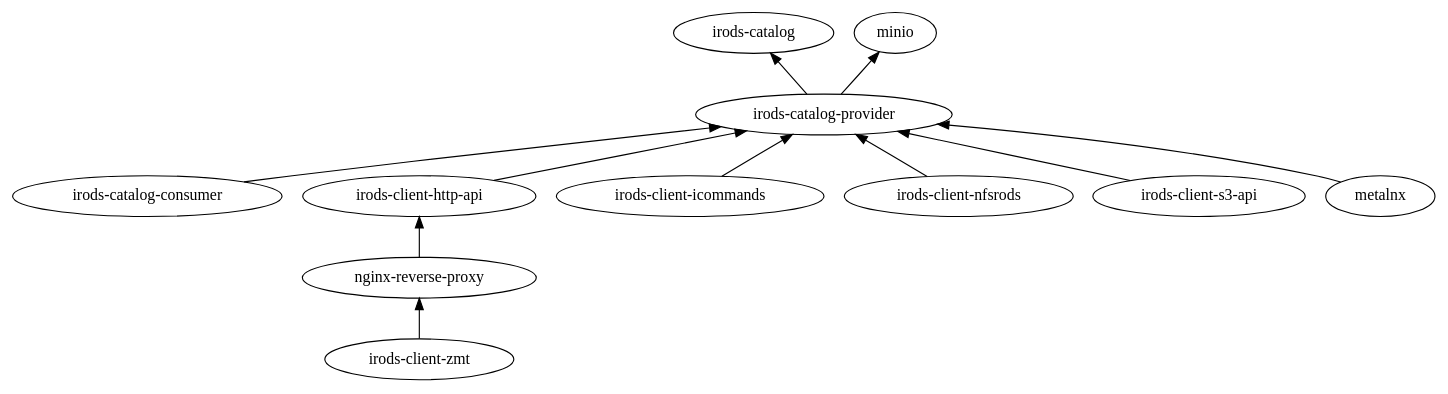
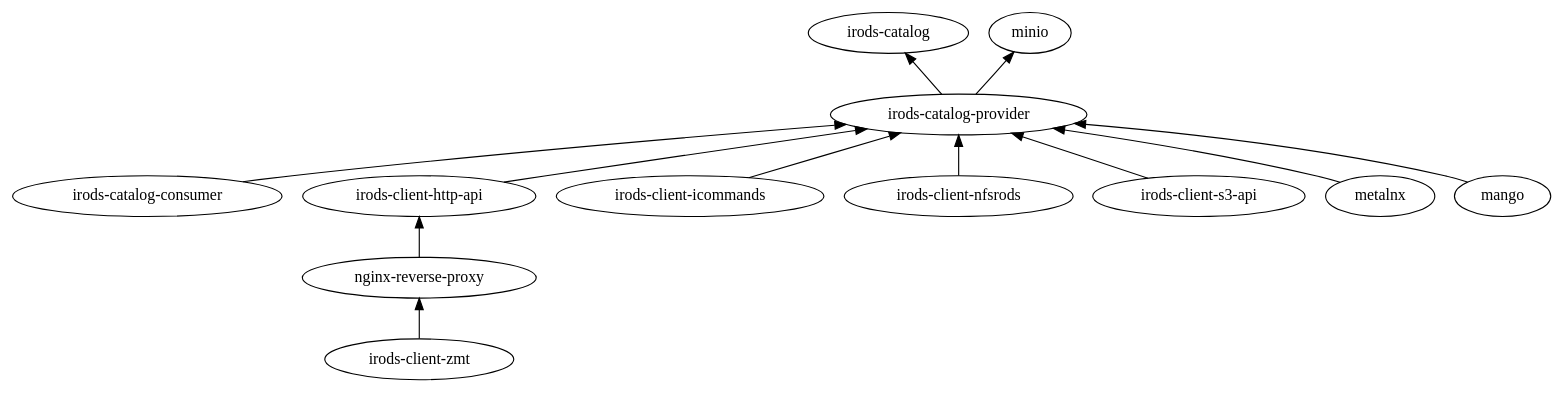
The diagram in dependencies.dot (irods/irods_demo), drawn with Graphviz before and after one commit. The commit also changed 1 other file, not shown here.

```diff
--- a/dependencies.dot
+++ b/dependencies.dot
@@ -1,28 +1,30 @@
 digraph G {
 
   rankdir="BT"
 
   catalog    [label = "irods-catalog"];
   provider   [label = "irods-catalog-provider"];
   consumer   [label = "irods-catalog-consumer"];
   http       [label = "irods-client-http-api"];
   icommands  [label = "irods-client-icommands"];
   nfsrods    [label = "irods-client-nfsrods"];
   nginx      [label = "nginx-reverse-proxy"];
   s3         [label = "irods-client-s3-api"];
   zmt        [label = "irods-client-zmt"];
   metalnx    [label = "metalnx"];
   minio      [label = "minio"];
+  mango      [label = "mango"];
 
   provider -> catalog;
   consumer -> provider;
   icommands -> provider;
   nginx -> http;
   zmt -> nginx;
   metalnx -> provider;
   http -> provider;
   s3 -> provider;
   nfsrods -> provider;
   provider -> minio;
+  mango -> provider;
 
 }
```
